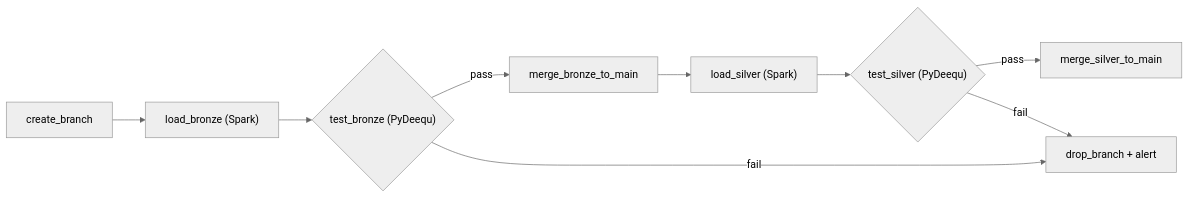
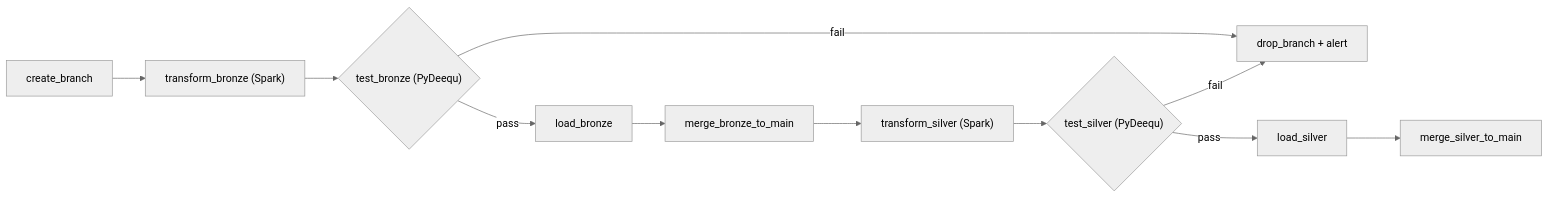
Before and after one commit to dimasegaabirama/Train-Batch-Data-Pipeline: the third of 3 diagrams in README.md, drawn with Mermaid (neutral theme). The commit also changed 21 other files, not shown here.

````diff
--- a/README.md
+++ b/README.md
@@ -132,11 +132,13 @@
 ```mermaid
 flowchart LR
-    A["create_branch"] --> B["load_bronze (Spark)"]
+    A["create_branch"] --> B["transform_bronze (Spark)"]
     B --> C{"test_bronze (PyDeequ)"}
-    C -->|pass| D["merge_bronze_to_main"]
-    C -->|fail| E["drop_branch + alert"]
-    D --> F["load_silver (Spark)"]
-    F --> G{"test_silver (PyDeequ)"}
-    G -->|pass| H["merge_silver_to_main"]
-    G -->|fail| E
+    C -->|pass| D["load_bronze"]
+    D --> E["merge_bronze_to_main"]
+    C -->|fail| F["drop_branch + alert"]
+    E --> G["transform_silver (Spark)"]
+    G --> H{"test_silver (PyDeequ)"}
+    H -->|pass| I["load_silver"]
+    I --> J["merge_silver_to_main"]
+    H -->|fail| F
 ```
````
